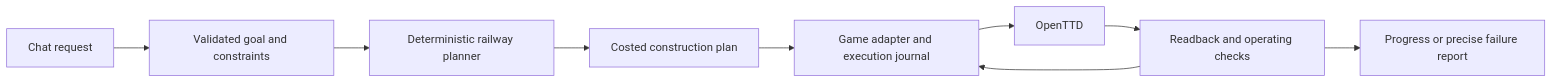
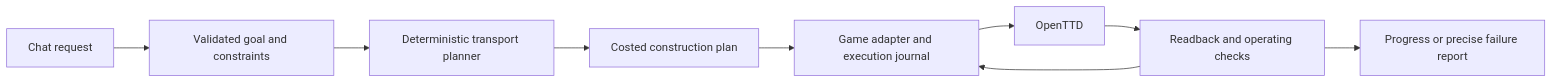
One commit to CaptainCucumber/openttd-copilot changed the diagram in README.md. Above: the diagram before and after it, drawn with Mermaid. The commit also changed other lines of this file and 27 other files, not shown here.

````diff
--- a/README.md
+++ b/README.md
@@ -59,11 +73,11 @@
 ```mermaid
 flowchart LR
     A[Chat request] --> B[Validated goal and constraints]
-    B --> C[Deterministic railway planner]
+    B --> C[Deterministic transport planner]
     C --> D[Costed construction plan]
     D --> E[Game adapter and execution journal]
     E --> F[OpenTTD]
     F --> G[Readback and operating checks]
     G --> E
     G --> H[Progress or precise failure report]
 ```
````
